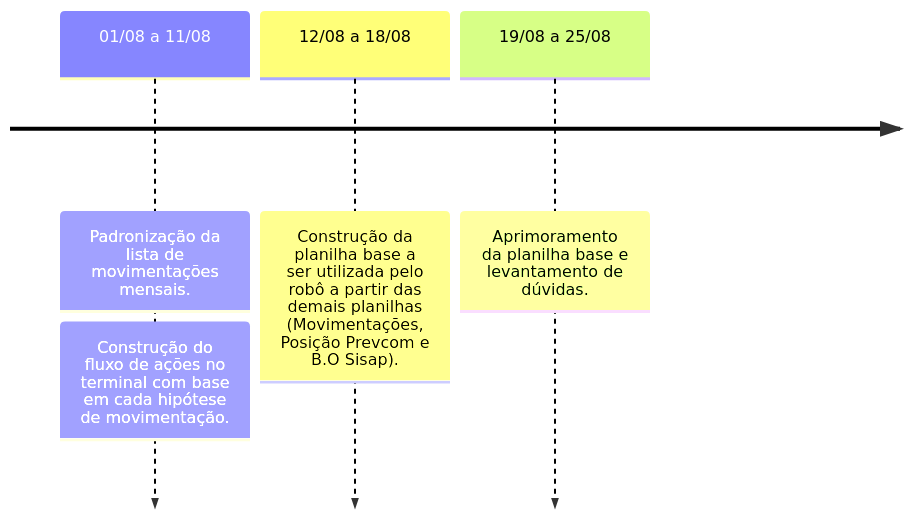
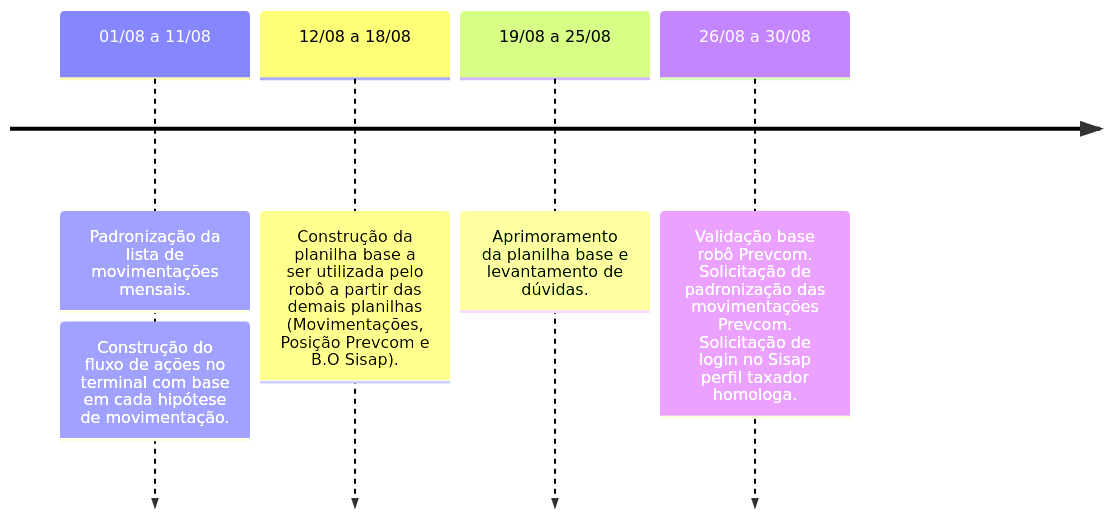
One commit to automatiza-mg/handbook changed the fourth of 4 diagrams in docs/linha_do_tempo/projeto_seplag_scap.md. Above: the diagram before and after it, drawn with Mermaid.

Commit message:
Add semana 26/08 projeto_seplag_scap.md

````diff
--- a/docs/linha_do_tempo/projeto_seplag_scap.md
+++ b/docs/linha_do_tempo/projeto_seplag_scap.md
@@ -47,7 +47,8 @@
     ```mermaid
     timeline
         01/08 a 11/08 : Padronização da lista de movimentações mensais.
                       : Construção do fluxo de ações no terminal com base em cada hipótese de movimentação.
         12/08 a 18/08 : Construção da planilha base a ser utilizada pelo robô a partir das demais planilhas (Movimentações, Posição Prevcom e B.O Sisap).
 	19/08 a 25/08 : Aprimoramento da planilha base e levantamento de dúvidas.
+ 	26/08 a 30/08 : Validação base robô Prevcom. Solicitação de padronização das movimentações Prevcom. Solicitação de login no Sisap perfil taxador homologa.
     ```
````
